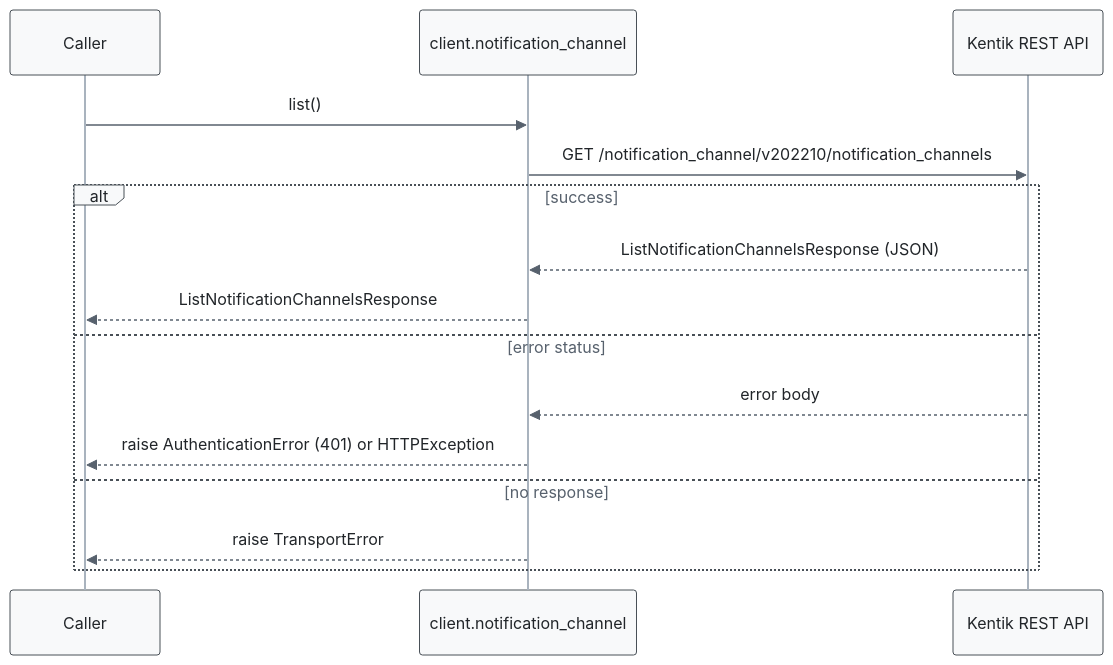
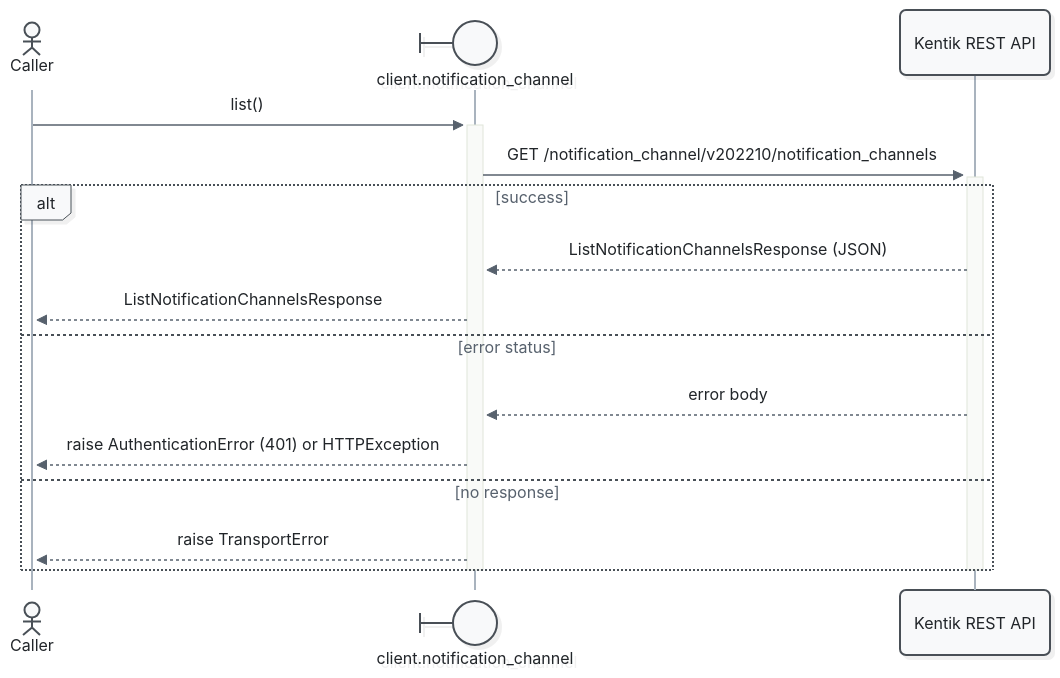
The first of 7 diagrams in docs/sphinx/services/notification_channel.md (alexdearaujo/community_sdk_python), drawn with Mermaid before and after one commit. The commit also changed other lines of this file and 52 other files, not shown here.

First line of the commit message:
docs: Mermaid 12 sequence diagrams with participant types and path colors

````diff
--- a/docs/sphinx/services/notification_channel.md
+++ b/docs/sphinx/services/notification_channel.md
@@ -33,19 +33,21 @@
 ```mermaid
-%%{init: {"theme": "base", "fontFamily": "ui-monospace, SFMono-Regular, Menlo, monospace", "themeVariables": {"fontFamily": "ui-monospace, SFMono-Regular, Menlo, monospace", "primaryColor": "#f8f9fa", "primaryBorderColor": "#495057", "primaryTextColor": "#212529", "textColor": "#212529", "lineColor": "#77818c", "edgeLabelBackground": "#ffffff", "actorBkg": "#f8f9fa", "actorBorder": "#495057", "actorTextColor": "#212529", "actorLineColor": "#a9b3be", "signalColor": "#57616d", "signalTextColor": "#212529", "labelBoxBkgColor": "#f8f9fa", "labelBoxBorderColor": "#495057", "labelTextColor": "#212529", "loopTextColor": "#57616d", "noteBkgColor": "#fff9db", "noteBorderColor": "#f08c00", "noteTextColor": "#a35a00"}, "flowchart": {"curve": "step", "nodeSpacing": 30, "rankSpacing": 70, "wrappingWidth": 400}}}%%
+%%{init: {"theme": "redux", "look": "neo", "layout": "dagre", "fontFamily": "ui-monospace, SFMono-Regular, Menlo, monospace", "themeVariables": {"fontFamily": "ui-monospace, SFMono-Regular, Menlo, monospace", "primaryColor": "#f8f9fa", "primaryBorderColor": "#495057", "primaryTextColor": "#212529", "textColor": "#212529", "lineColor": "#77818c", "edgeLabelBackground": "#ffffff", "actorBkg": "#f8f9fa", "actorBorder": "#495057", "actorTextColor": "#212529", "actorLineColor": "#a9b3be", "signalColor": "#57616d", "signalTextColor": "#212529", "labelBoxBkgColor": "#f8f9fa", "labelBoxBorderColor": "#495057", "labelTextColor": "#212529", "loopTextColor": "#57616d", "noteBkgColor": "#fff9db", "noteBorderColor": "#f08c00", "noteTextColor": "#a35a00"}, "sequence": {"activationWidth": 16}, "flowchart": {"curve": "step", "nodeSpacing": 30, "rankSpacing": 70, "wrappingWidth": 400}}}%%
 sequenceDiagram
-    participant C as Caller
-    participant W as client.notification_channel
+    actor C as Caller
+    participant W@{ "type": "boundary" } as client.notification_channel
     participant API as Kentik REST API
 
-    C->>W: list()
-    W->>API: GET /notification_channel/v202210/notification_channels
+    C->>+W: list()
+    W->>+API: GET /notification_channel/v202210/notification_channels
     alt success
         API-->>W: ListNotificationChannelsResponse (JSON)
         W-->>C: ListNotificationChannelsResponse
     else error status
         API-->>W: error body
         W-->>C: raise AuthenticationError (401) or HTTPException
     else no response
         W-->>C: raise TransportError
     end
+    deactivate API
+    deactivate W
 ```
````
